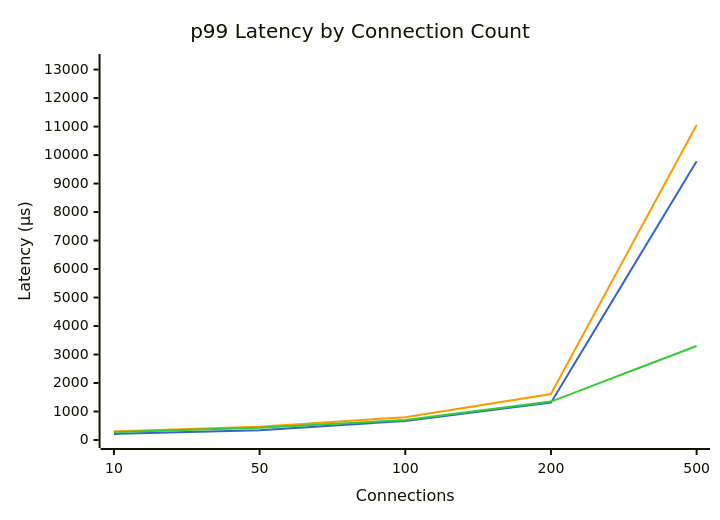
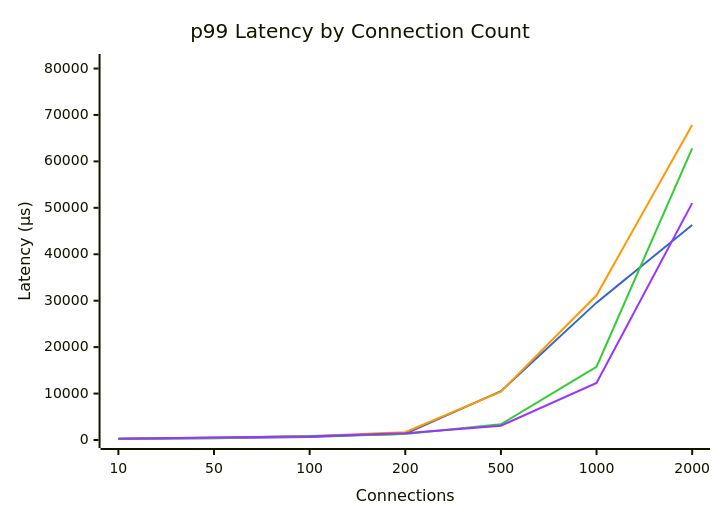
One commit to youyuanwu/bypass-misc changed the sixth of 6 diagrams in docs/Bench/Azure/Standard_D2s_v5.md. Above: the diagram before and after it, drawn with Mermaid. The commit also changed other lines of this file and 15 other files, not shown here.

````diff
--- a/docs/Bench/Azure/Standard_D2s_v5.md
+++ b/docs/Bench/Azure/Standard_D2s_v5.md
@@ -133,15 +151,16 @@
 ```mermaid
 ---
 config:
     themeVariables:
         xyChart:
-            plotColorPalette: "#3366cc, #ff9900, #33cc33"
+            plotColorPalette: "#3366cc, #ff9900, #33cc33, #9933ff"
 ---
 xychart-beta
     title "p99 Latency by Connection Count"
-    x-axis "Connections" [10, 50, 100, 200, 500]
-    y-axis "Latency (μs)" 0 --> 13266
-    line "dpdk" [213, 343, 667, 1310, 9783]
-    line "tokio" [306, 465, 802, 1614, 11055]
-    line "tokio-local" [279, 430, 699, 1349, 3301]
+    x-axis "Connections" [10, 50, 100, 200, 500, 1000, 2000]
+    y-axis "Latency (μs)" 0 --> 81406
+    line "dpdk" [204, 361, 656, 1336, 10511, 29583, 46303]
+    line "tokio" [321, 484, 804, 1691, 10423, 31167, 67839]
+    line "tokio-local" [285, 461, 872, 1280, 3369, 15775, 62815]
+    line "kimojio" [289, 532, 757, 1456, 3081, 12287, 51007]
 ```
````
